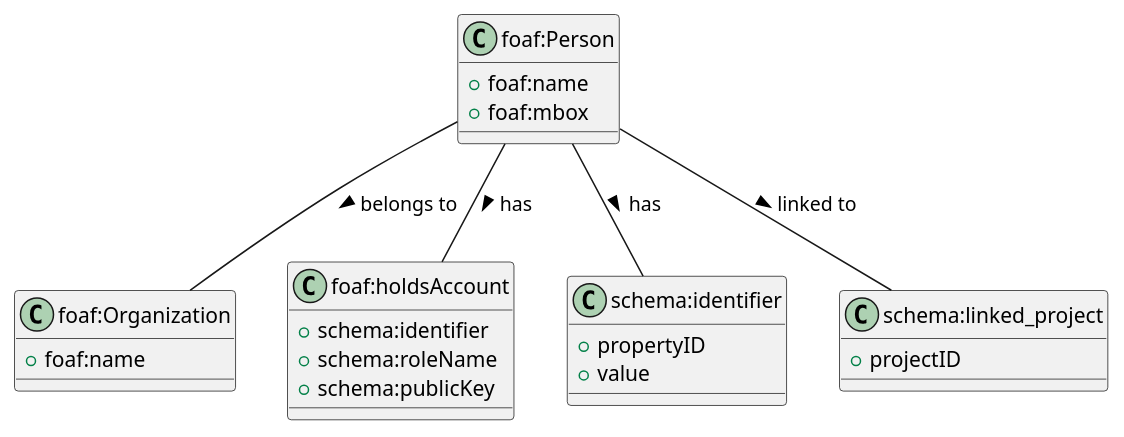
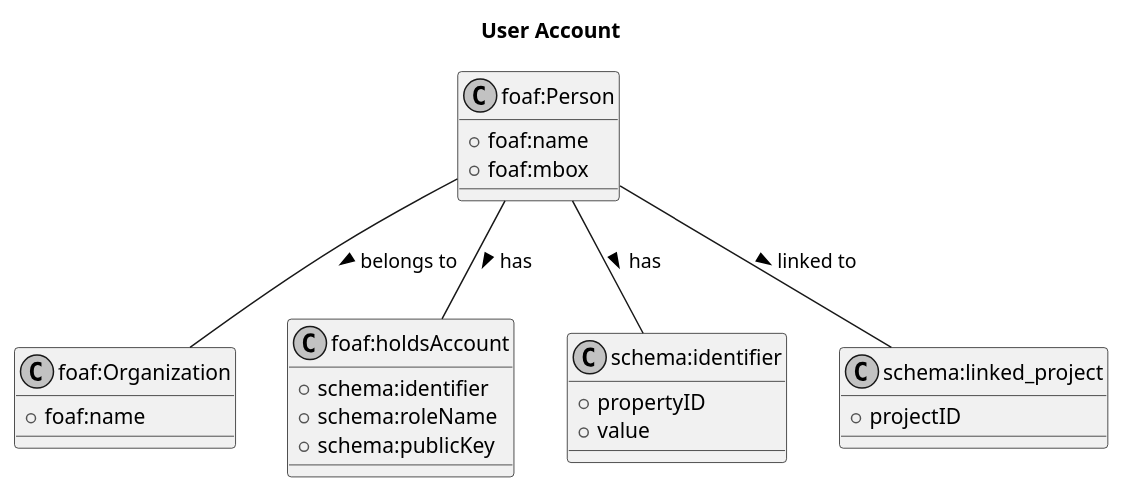
The diagram in diagrams/plantUML/account.wsd (OliveiraEdu/d-OSP), drawn with PlantUML before and after one commit. The commit also changed 9 other files, not shown here.

```diff
--- a/diagrams/plantUML/account.wsd
+++ b/diagrams/plantUML/account.wsd
@@ -1,40 +1,46 @@
 @startuml
+
+title User Account
+skinparam monochrome true
+
+top to bottom direction
+
 
 ' Define Person entity
 class "foaf:Person" {
     + foaf:name
     + foaf:mbox
 }
 
 ' Define Organization entity
 class "foaf:Organization" {
     + foaf:name
 }
 
 ' Define HoldsAccount entity
 class "foaf:holdsAccount" {
     + schema:identifier
     + schema:roleName
     + schema:publicKey
 }
 
 ' Define Identifier entity
 class "schema:identifier" {
     + propertyID
     + value
 }
 
 ' Define Project entity (linked to a person)
 class "schema:linked_project" {
     + projectID
 }
 
 ' Define relationships for each person
 "foaf:Person" -- "foaf:Organization" : belongs to >
 "foaf:Person" -- "foaf:holdsAccount" : has >
 "foaf:Person" -- "schema:identifier" : has >
 
 ' Define Upbeat Neumann's special link
 "foaf:Person" -- "schema:linked_project" : linked to >
 
 @enduml
```
